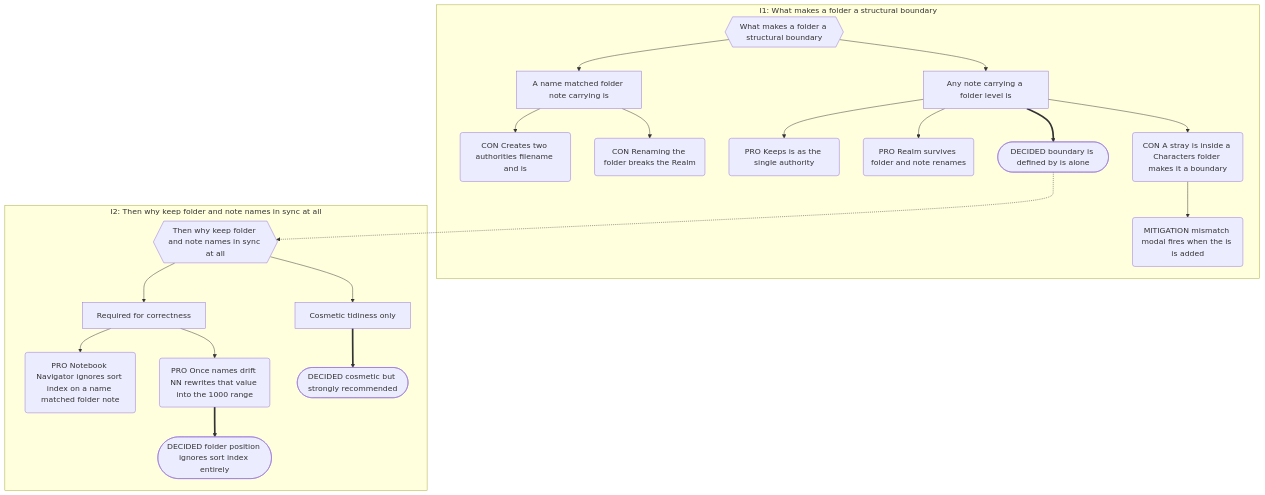
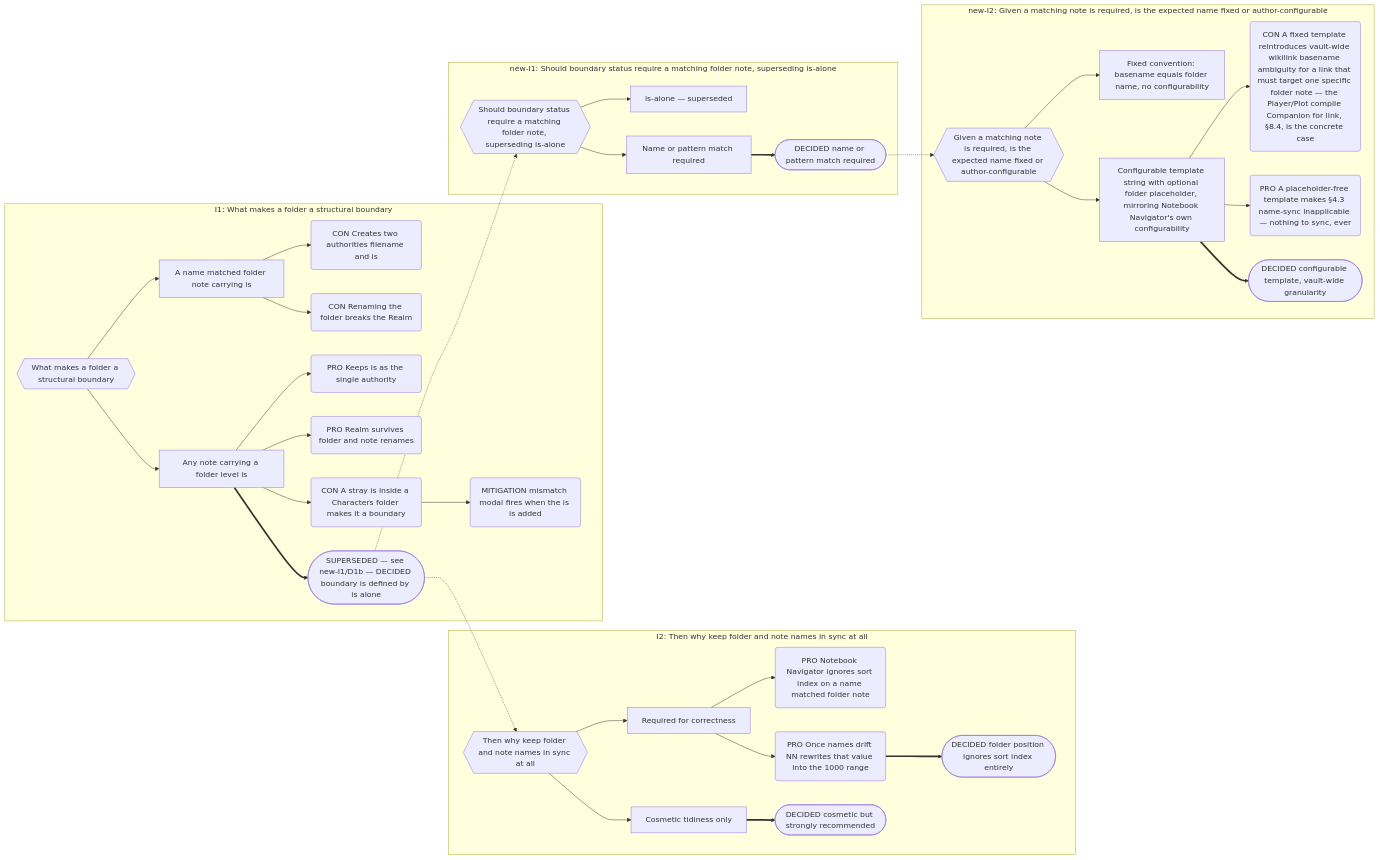
One commit to mlao-pdx/obsidian-plugin changed the diagram in docs/spec/04-structural-boundaries.md. Above: the diagram before and after it, drawn with Mermaid. The commit also changed other lines of this file and 19 other files, not shown here.

````diff
--- a/docs/spec/04-structural-boundaries.md
+++ b/docs/spec/04-structural-boundaries.md
@@ -130,40 +150,64 @@
 ```mermaid
-flowchart TD
+flowchart LR
     subgraph S1["I1: What makes a folder a structural boundary"]
         I1{{What makes a folder a structural boundary}}
         P1[A name matched folder note carrying is]
         P2[Any note carrying a folder level is]
         I1 --> P1
         I1 --> P2
         C1(CON Creates two authorities filename and is)
         C2(CON Renaming the folder breaks the Realm)
         P1 --> C1
         P1 --> C2
         A1(PRO Keeps is as the single authority)
         A2(PRO Realm survives folder and note renames)
         C3(CON A stray is inside a Characters folder makes it a boundary)
         P2 --> A1
         P2 --> A2
         P2 --> C3
-        D1([DECIDED boundary is defined by is alone])
+        D1([SUPERSEDED — see new-I1/D1b — DECIDED boundary is defined by is alone])
         P2 ==> D1
         M1(MITIGATION mismatch modal fires when the is is added)
         C3 --> M1
     end
     D1 -.-> I2
     subgraph S2["I2: Then why keep folder and note names in sync at all"]
         I2{{Then why keep folder and note names in sync at all}}
         P2a[Cosmetic tidiness only]
         P2b[Required for correctness]
         I2 --> P2a
         I2 --> P2b
         A2a(PRO Notebook Navigator ignores sort index on a name matched folder note)
         A2b(PRO Once names drift NN rewrites that value into the 1000 range)
         P2b --> A2a
         P2b --> A2b
         D2a([DECIDED cosmetic but strongly recommended])
         P2a ==> D2a
         D2b([DECIDED folder position ignores sort index entirely])
         A2b ==> D2b
     end
+    D1 -.-> NI1
+    subgraph S3["new-I1: Should boundary status require a matching folder note, superseding is-alone"]
+        NI1{{Should boundary status require a matching folder note, superseding is-alone}}
+        NP1a[is-alone — superseded]
+        NP1b[Name or pattern match required]
+        NI1 --> NP1a
+        NI1 --> NP1b
+        D1b([DECIDED name or pattern match required])
+        NP1b ==> D1b
+    end
+    D1b -.-> NI2
+    subgraph S4["new-I2: Given a matching note is required, is the expected name fixed or author-configurable"]
+        NI2{{Given a matching note is required, is the expected name fixed or author-configurable}}
+        NP2a[Fixed convention: basename equals folder name, no configurability]
+        NP2b[Configurable template string with optional folder placeholder, mirroring Notebook Navigator's own configurability]
+        NI2 --> NP2a
+        NI2 --> NP2b
+        NC2a(CON A fixed template reintroduces vault-wide wikilink basename ambiguity for a link that must target one specific folder note — the Player/Plot compile Companion for link, §8.4, is the concrete case)
+        NP2b --> NC2a
+        NA2a(PRO A placeholder-free template makes §4.3 name-sync inapplicable — nothing to sync, ever)
+        NP2b --> NA2a
+        D2c([DECIDED configurable template, vault-wide granularity])
+        NP2b ==> D2c
+    end
 ```
````
